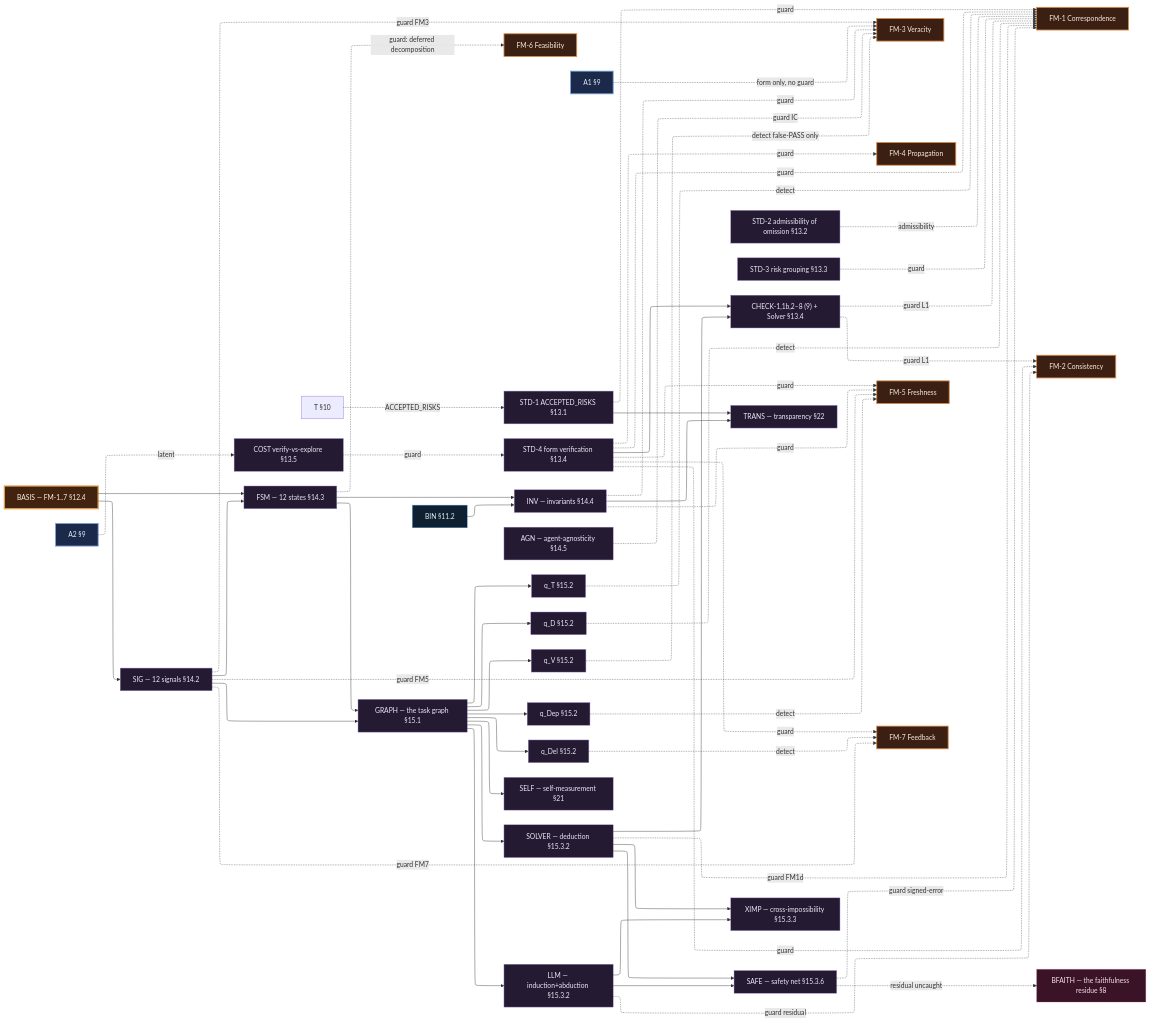
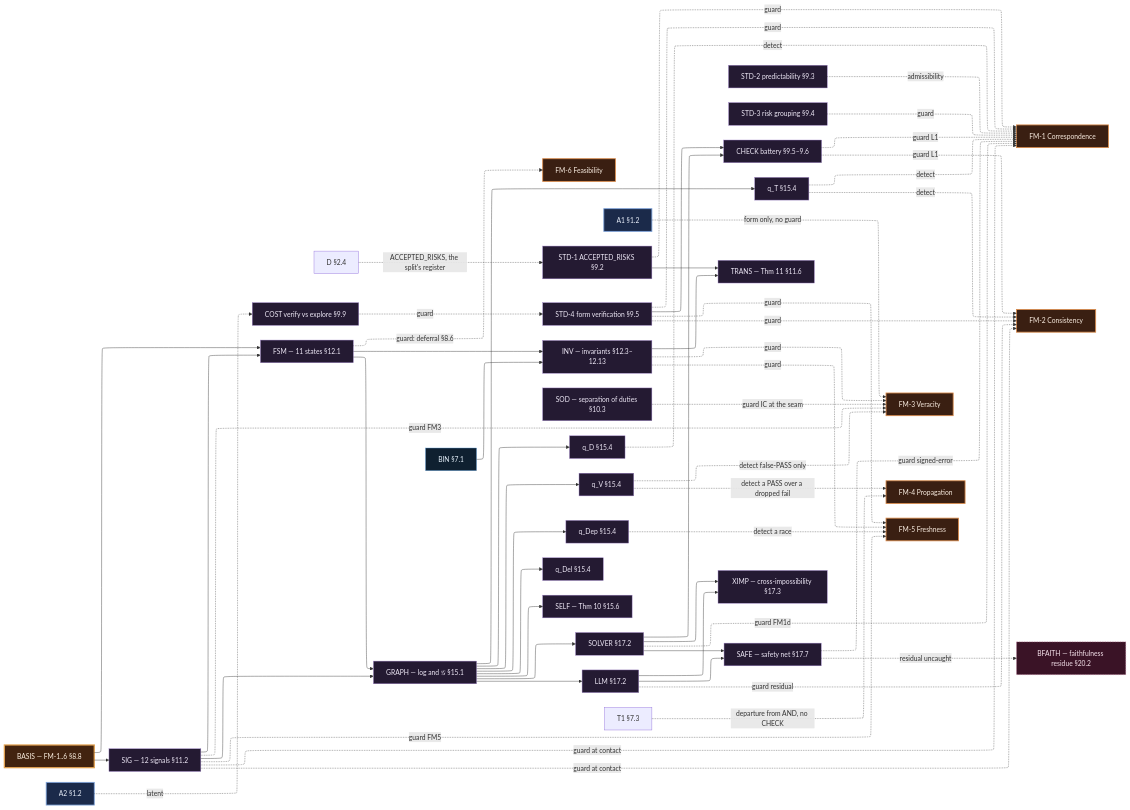
Before and after one commit to Kirill-Shokhin/GFSO: the second of 5 diagrams in docs/gfso_dependency_map.md, drawn with Mermaid. The commit also changed other lines of this file and 57 other files, not shown here.

```diff
--- a/docs/gfso_dependency_map.md
+++ b/docs/gfso_dependency_map.md
@@ -214,8 +194,10 @@
   classDef derived fill:#0f2030,stroke:#5b9bd5,color:#e6f0fa;
   classDef guard fill:#241a32,stroke:#9b7fc4,color:#efe9f7;
   classDef bound fill:#3a1326,stroke:#c46a93,color:#f6e3ec,stroke-dasharray:3 3;
+  classDef premise fill:#262626,stroke:#b0a07a,color:#efe8d6,stroke-dasharray:2 2;
+  classDef around fill:#1e1e1e,stroke:#7a7a7a,color:#dcdcdc,stroke-dasharray:1 3;
 
-  BASIS["BASIS — FM-1..7 §12.4"]
+  BASIS["BASIS — FM-1..6 §8.8"]
   class BASIS basis
 
   FM1["FM-1 Correspondence"]
@@ -224,56 +206,54 @@
   FM4["FM-4 Propagation"]
   FM5["FM-5 Freshness"]
   FM6["FM-6 Feasibility"]
-  FM7["FM-7 Feedback"]
-  class FM1,FM2,FM3,FM4,FM5,FM6,FM7 fm
+  class FM1,FM2,FM3,FM4,FM5,FM6 fm
 
   %% light anchors
-  A1["A1 §9"]; A2["A2 §9"]; T["T §10"]; BIN["BIN §11.2"]
+  A1["A1 §1.2"]; A2["A2 §1.2"]; D["D §2.4"]; BIN["BIN §7.1"]
   class A1,A2 axiom
   class BIN derived
-  BFAITH["BFAITH — the faithfulness residue §8"]
+  BFAITH["BFAITH — faithfulness residue §20.2"]
   class BFAITH bound
 
-  %% standards §13
-  STD1["STD-1 ACCEPTED_RISKS §13.1"]
-  STD2["STD-2 admissibility of omission §13.2"]
-  STD3["STD-3 risk grouping §13.3"]
-  STD4["STD-4 form verification §13.4"]
-  CHK["CHECK-1,1b,2–8 (9) + Solver §13.4"]
-  COST["COST verify-vs-explore §13.5"]
+  %% standards Ch. 9
+  STD1["STD-1 ACCEPTED_RISKS §9.2"]
+  STD2["STD-2 predictability §9.3"]
+  STD3["STD-3 risk grouping §9.4"]
+  STD4["STD-4 form verification §9.5"]
+  CHK["CHECK battery §9.5–9.6"]
+  COST["COST verify vs explore §9.9"]
   class STD1,STD2,STD3,STD4,CHK,COST guard
 
-  %% protocol §14
-  SIG["SIG — 12 signals §14.2"]
-  FSM["FSM — 12 states §14.3"]
-  INV["INV — invariants §14.4"]
-  AGN["AGN — agent-agnosticity §14.5"]
-  class SIG,FSM,INV,AGN guard
+  %% protocol Ch. 11–12
+  SIG["SIG — 12 signals §11.2"]
+  FSM["FSM — 11 states §12.1"]
+  INV["INV — invariants §12.3–12.13"]
+  SOD["SOD — separation of duties §10.3"]
+  class SIG,FSM,INV,SOD guard
 
-  %% metrics §15.2
-  GRAPH["GRAPH — the task graph §15.1"]
-  QT["q_T §15.2"]; QD["q_D §15.2"]; QV["q_V §15.2"]; QDEP["q_Dep §15.2"]; QDEL["q_Del §15.2"]
-  SELF["SELF — self-measurement §21"]
-  TRANS["TRANS — transparency §22"]
+  %% metrics §15.4
+  GRAPH["GRAPH — log and 𝒢 §15.1"]
+  QT["q_T §15.4"]; QD["q_D §15.4"]; QV["q_V §15.4"]; QDEP["q_Dep §15.4"]; QDEL["q_Del §15.4"]
+  SELF["SELF — Thm 10 §15.6"]
+  TRANS["TRANS — Thm 11 §11.6"]
   class GRAPH,QT,QD,QV,QDEP,QDEL,SELF,TRANS guard
 
-  %% AI layer §15.3
-  SOLVER["SOLVER — deduction §15.3.2"]
-  LLM["LLM — induction+abduction §15.3.2"]
-  XIMP["XIMP — cross-impossibility §15.3.3"]
-  SAFE["SAFE — safety net §15.3.6"]
+  %% AI layer Ch. 17
+  SOLVER["SOLVER §17.2"]
+  LLM["LLM §17.2"]
+  XIMP["XIMP — cross-impossibility §17.3"]
+  SAFE["SAFE — safety net §17.7"]
   class SOLVER,LLM,XIMP,SAFE guard
 
   %% standards = FM guards
-  T -.->|ACCEPTED_RISKS| STD1
+  D -.->|ACCEPTED_RISKS, the split's register| STD1
   STD1 -.->|guard| FM1
   STD2 -.->|admissibility| FM1
   STD3 -.->|guard| FM1
   STD4 -.->|guard| FM1
   STD4 -.->|guard| FM2
-  STD4 -.->|guard| FM4
+  T1["T1 §7.3"] -.->|departure from AND, no CHECK| FM4
   STD4 -.->|guard| FM5
-  STD4 -.->|guard| FM7
   A1 -.->|form only, no guard| FM3
   STD4 --> CHK
   CHK -.->|guard L1| FM1
@@ -285,15 +265,16 @@
   BASIS --> SIG
   BASIS --> FSM
   SIG --> FSM
-  SIG -.->|guard FM7| FM7
+  SIG -.->|guard at contact| FM1
+  SIG -.->|guard at contact| FM2
   SIG -.->|guard FM5| FM5
   SIG -.->|guard FM3| FM3
-  FSM -.->|guard: deferred decomposition| FM6
+  FSM -.->|guard: deferral §8.6| FM6
   INV -.->|guard| FM3
   INV -.->|guard| FM5
   BIN --> INV
   FSM --> INV
-  AGN -.->|guard IC| FM3
+  SOD -.->|guard IC at the seam| FM3
 
   %% metrics: the graph from the protocol, the q's catch FMs
   SIG --> GRAPH
@@ -304,10 +285,11 @@
   GRAPH --> QDEP
   GRAPH --> QDEL
   QT -.->|detect| FM1
+  QT -.->|detect| FM2
   QD -.->|detect| FM1
   QV -.->|detect false-PASS only| FM3
-  QDEP -.->|detect| FM5
-  QDEL -.->|detect| FM7
+  QV -.->|detect a PASS over a dropped fail| FM4
+  QDEP -.->|detect a race| FM5
   GRAPH --> SELF
   INV --> TRANS
   STD1 --> TRANS
```
